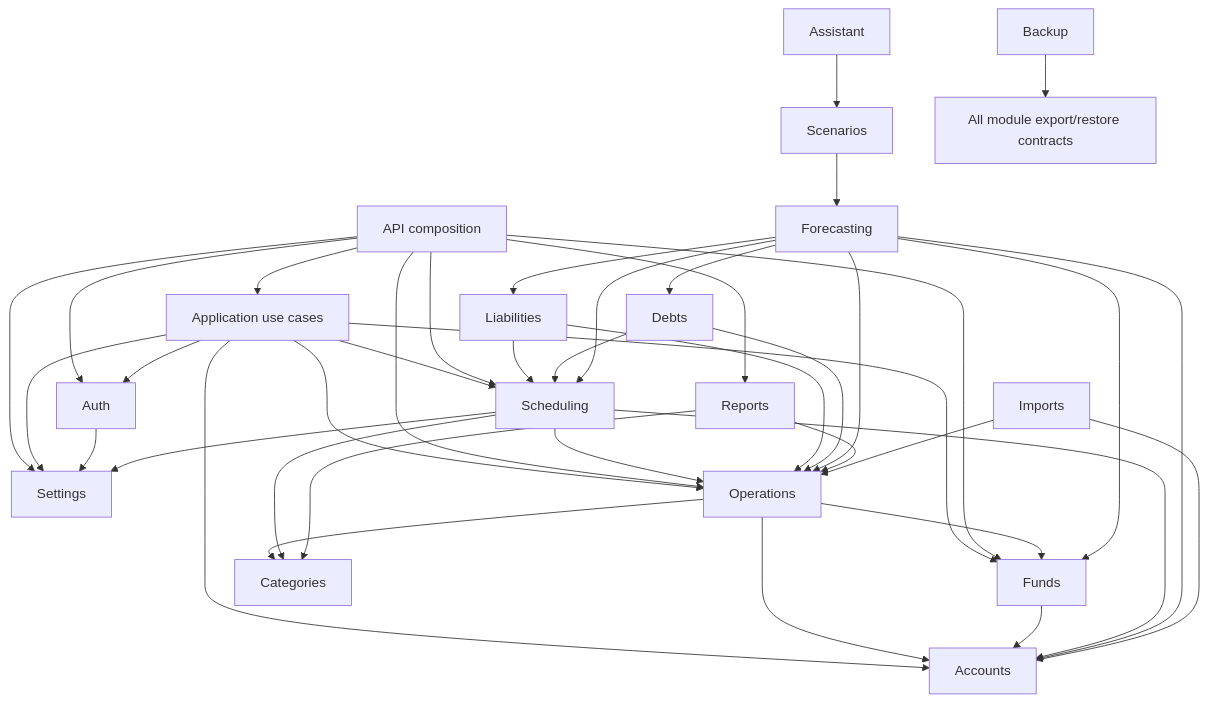
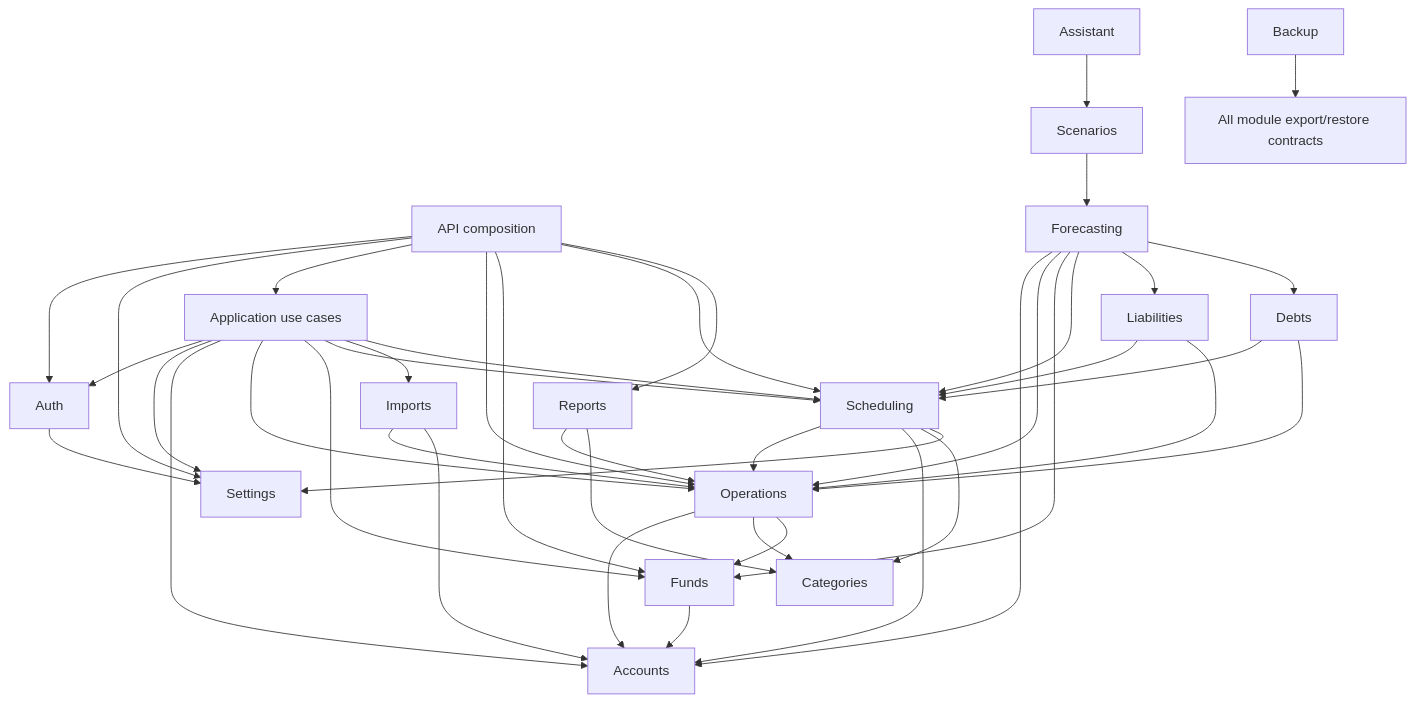
Before and after one commit to Gollardo/Hermes: the diagram in docs/architecture/module-boundaries.md, drawn with Mermaid. The commit also changed other lines of this file and 40 other files, not shown here.

````diff
--- a/docs/architecture/module-boundaries.md
+++ b/docs/architecture/module-boundaries.md
@@ -39,42 +41,44 @@
 ```mermaid
 flowchart TB
     API["API composition"] --> Auth
     API --> Settings
     API --> Application["Application use cases"]
     Application --> Auth
     Application --> Settings
     Application --> Accounts
     Application --> Operations
     Application --> Funds
     Application --> Scheduling
     Auth --> Settings
     API --> Operations
     API --> Funds
     API --> Scheduling
     API --> Reports
     Operations --> Accounts
     Operations --> Categories
     Operations --> Funds
     Funds --> Accounts
     Scheduling --> Operations
     Scheduling --> Accounts
     Scheduling --> Categories
     Scheduling --> Settings
     Liabilities --> Scheduling
     Liabilities --> Operations
     Debts --> Scheduling
     Debts --> Operations
     Forecasting --> Accounts
     Forecasting --> Operations
     Forecasting --> Funds
     Forecasting --> Scheduling
     Forecasting --> Liabilities
     Forecasting --> Debts
     Scenarios --> Forecasting
     Assistant --> Scenarios
     Reports --> Operations
     Reports --> Categories
     Imports --> Operations
     Imports --> Accounts
+    Application --> Imports
+    Application --> Scheduling
     Backup --> Modules["All module export/restore contracts"]
 ```
````
